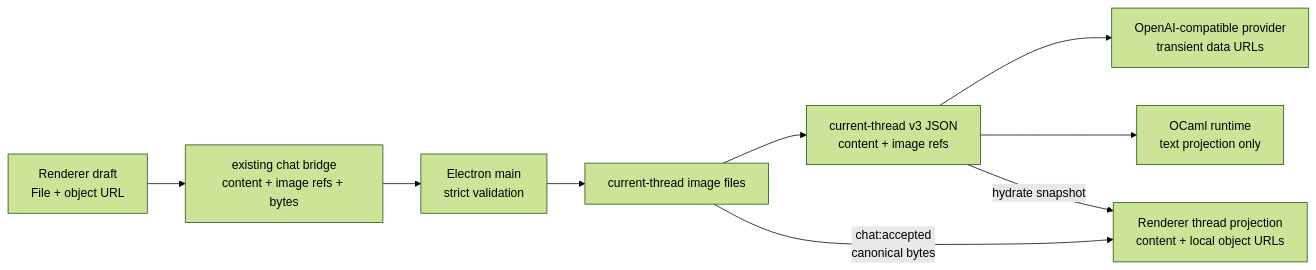
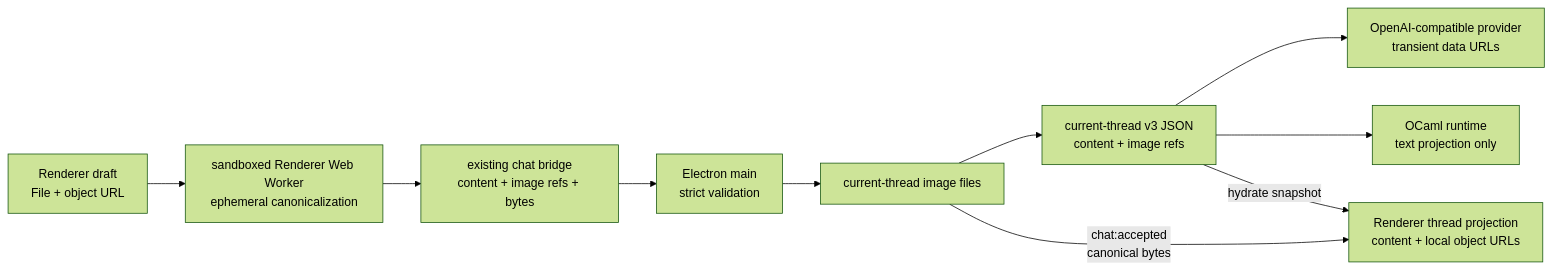
Before and after one commit to DBvc/nyx: the diagram in docs/next/context-composer-experiment-technical-plan.md, drawn with Mermaid (forest theme). The commit also changed other lines of this file and 4 other files, not shown here.

````diff
--- a/docs/next/context-composer-experiment-technical-plan.md
+++ b/docs/next/context-composer-experiment-technical-plan.md
@@ -76,19 +92,20 @@
 ```mermaid
 flowchart LR
   Draft["Renderer draft<br/>File + object URL"]
+  Worker["sandboxed Renderer Web Worker<br/>ephemeral canonicalization"]
   Bridge["existing chat bridge<br/>content + image refs + bytes"]
   Trust["Electron main<br/>strict validation"]
   Files["current-thread image files"]
   Record["current-thread v3 JSON<br/>content + image refs"]
   Provider["OpenAI-compatible provider<br/>transient data URLs"]
   Runtime["OCaml runtime<br/>text projection only"]
   View["Renderer thread projection<br/>content + local object URLs"]
 
-  Draft --> Bridge --> Trust
+  Draft --> Worker --> Bridge --> Trust
   Trust --> Files
   Files --> Record
   Files -- "chat:accepted<br/>canonical bytes" --> View
   Record --> Provider
   Record --> Runtime
   Record -- "hydrate snapshot" --> View
 ```
````
